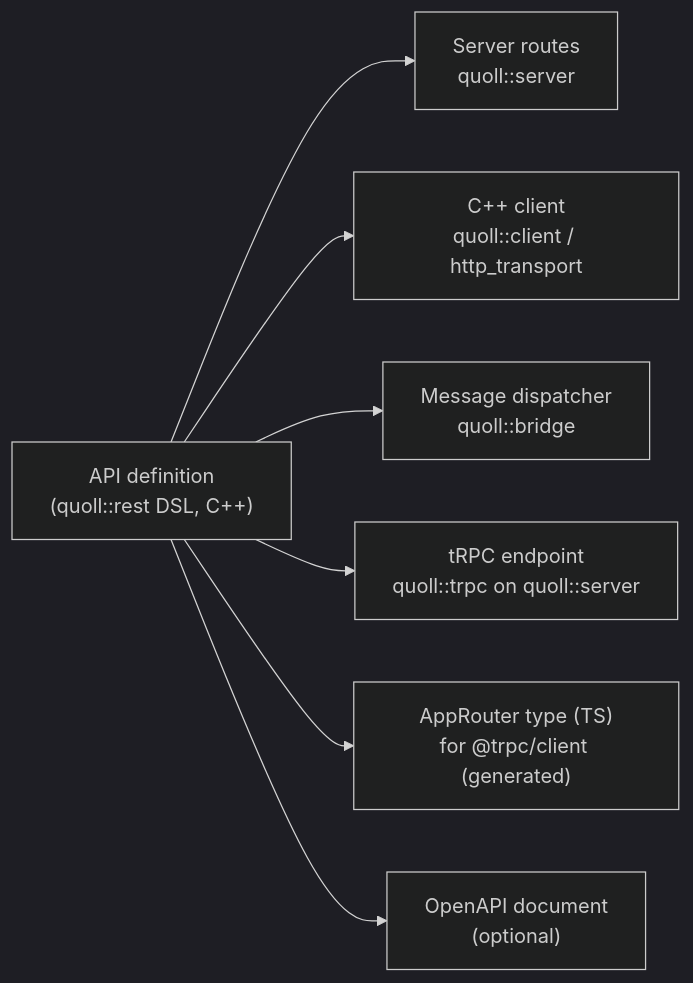
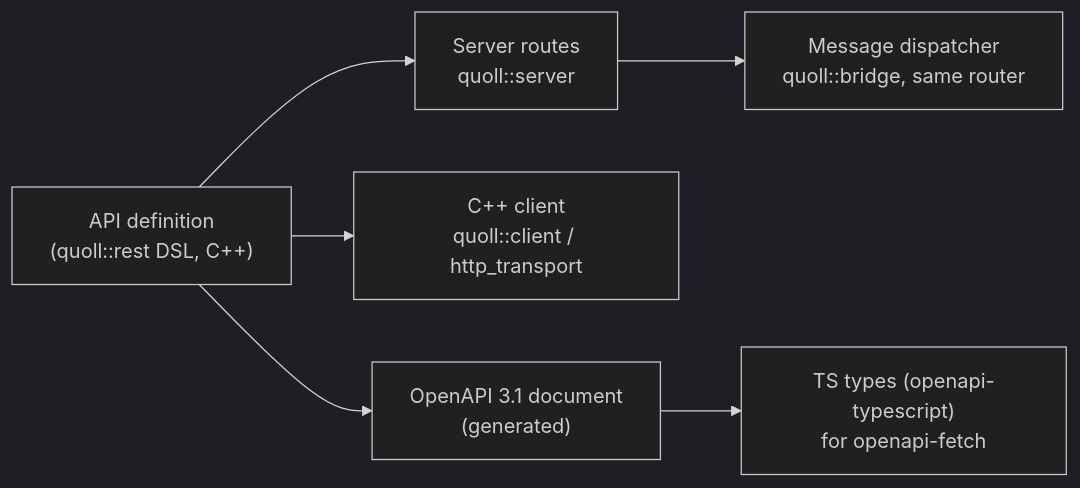
One commit to 4thlabs/quoll changed the second of 8 diagrams in docs/PLAN.md. Above: the diagram before and after it, drawn with Mermaid (dark theme). The commit also changed other lines of this file and 2 other files, not shown here.

First line of the commit message:
Plan: OpenAPI instead of tRPC for the TypeScript side

````diff
--- a/docs/PLAN.md
+++ b/docs/PLAN.md
@@ -116,10 +115,9 @@
 ```mermaid
 flowchart LR
   dsl["API definition<br/>(quoll::rest DSL, C++)"]
   dsl --> routes["Server routes<br/>quoll::server"]
   dsl --> cppclient["C++ client<br/>quoll::client / http_transport"]
-  dsl --> dispatch["Message dispatcher<br/>quoll::bridge"]
-  dsl --> trpcep["tRPC endpoint<br/>quoll::trpc on quoll::server"]
-  dsl --> ts["AppRouter type (TS)<br/>for @trpc/client (generated)"]
-  dsl --> spec["OpenAPI document<br/>(optional)"]
+  dsl --> spec["OpenAPI 3.1 document<br/>(generated)"]
+  spec --> ts["TS types (openapi-typescript)<br/>for openapi-fetch"]
+  routes --> dispatch["Message dispatcher<br/>quoll::bridge, same router"]
 ```
````
